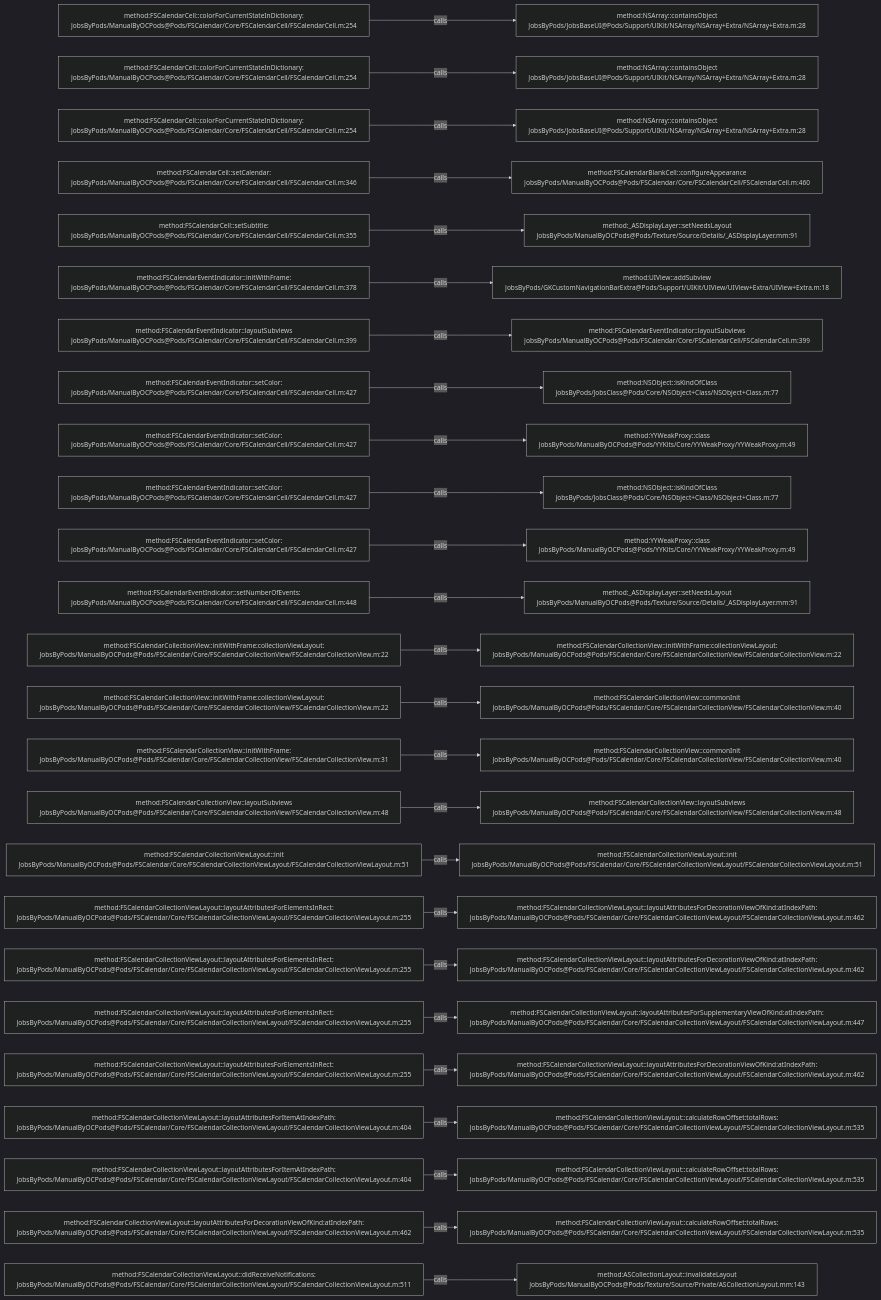
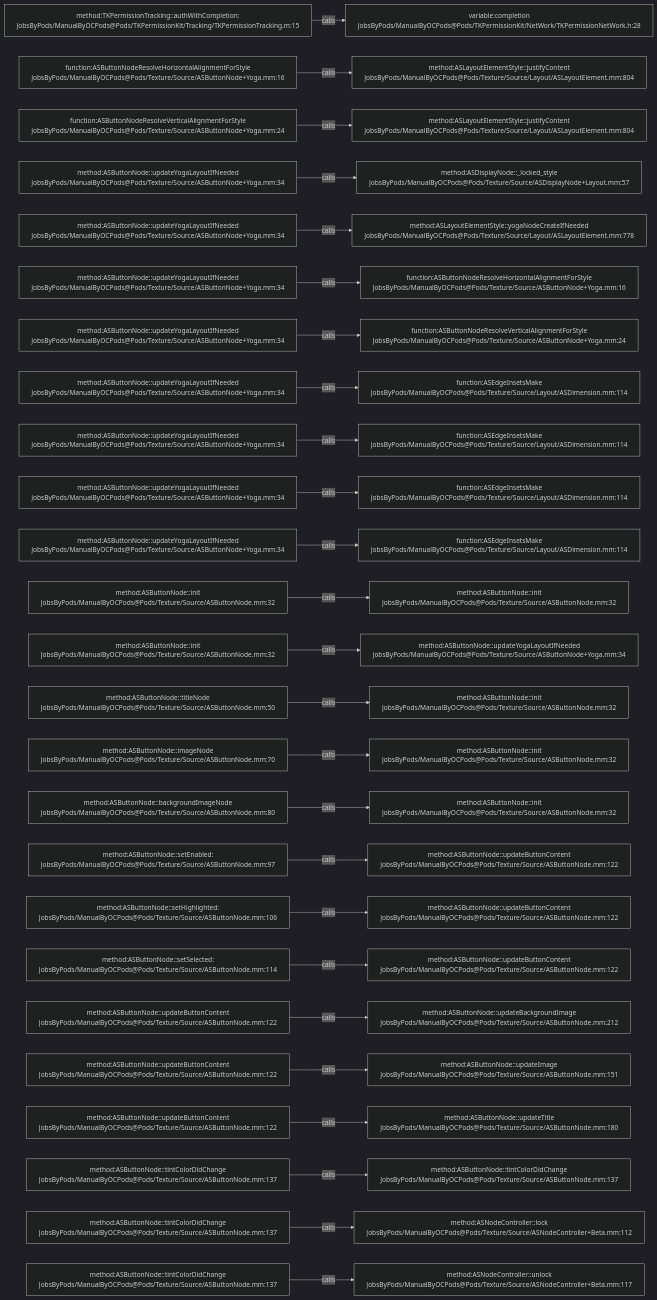
The diagram in .codegraph/codegraph.md/graphs/calls-180.md (JobsKits/JobsOCBaseConfigDemo), drawn with Mermaid (dark theme) before and after one commit. The commit also changed 573 other files, not shown here.

````diff
--- a/.codegraph/codegraph.md/graphs/calls-180.md
+++ b/.codegraph/codegraph.md/graphs/calls-180.md
@@ -13,78 +13,78 @@
 ```mermaid
 flowchart LR
-  S1["method:FSCalendarCell::colorForCurrentStateInDictionary:<br/>JobsByPods/ManualByOCPods@Pods/FSCalendar/Core/FSCalendarCell/FSCalendarCell.m:254"]
-  T1["method:NSArray::containsObject<br/>JobsByPods/JobsBaseUI@Pods/Support/UIKit/NSArray/NSArray+Extra/NSArray+Extra.m:28"]
+  S1["method:TKPermissionTracking::authWithCompletion:<br/>JobsByPods/ManualByOCPods@Pods/TKPermissionKit/Tracking/TKPermissionTracking.m:15"]
+  T1["variable:completion<br/>JobsByPods/ManualByOCPods@Pods/TKPermissionKit/NetWork/TKPermissionNetWork.h:28"]
   S1 -->|calls| T1
-  S2["method:FSCalendarCell::colorForCurrentStateInDictionary:<br/>JobsByPods/ManualByOCPods@Pods/FSCalendar/Core/FSCalendarCell/FSCalendarCell.m:254"]
-  T2["method:NSArray::containsObject<br/>JobsByPods/JobsBaseUI@Pods/Support/UIKit/NSArray/NSArray+Extra/NSArray+Extra.m:28"]
+  S2["function:ASButtonNodeResolveHorizontalAlignmentForStyle<br/>JobsByPods/ManualByOCPods@Pods/Texture/Source/ASButtonNode+Yoga.mm:16"]
+  T2["method:ASLayoutElementStyle::justifyContent<br/>JobsByPods/ManualByOCPods@Pods/Texture/Source/Layout/ASLayoutElement.mm:804"]
   S2 -->|calls| T2
-  S3["method:FSCalendarCell::colorForCurrentStateInDictionary:<br/>JobsByPods/ManualByOCPods@Pods/FSCalendar/Core/FSCalendarCell/FSCalendarCell.m:254"]
-  T3["method:NSArray::containsObject<br/>JobsByPods/JobsBaseUI@Pods/Support/UIKit/NSArray/NSArray+Extra/NSArray+Extra.m:28"]
+  S3["function:ASButtonNodeResolveVerticalAlignmentForStyle<br/>JobsByPods/ManualByOCPods@Pods/Texture/Source/ASButtonNode+Yoga.mm:24"]
+  T3["method:ASLayoutElementStyle::justifyContent<br/>JobsByPods/ManualByOCPods@Pods/Texture/Source/Layout/ASLayoutElement.mm:804"]
   S3 -->|calls| T3
-  S4["method:FSCalendarCell::setCalendar:<br/>JobsByPods/ManualByOCPods@Pods/FSCalendar/Core/FSCalendarCell/FSCalendarCell.m:346"]
-  T4["method:FSCalendarBlankCell::configureAppearance<br/>JobsByPods/ManualByOCPods@Pods/FSCalendar/Core/FSCalendarCell/FSCalendarCell.m:460"]
+  S4["method:ASButtonNode::updateYogaLayoutIfNeeded<br/>JobsByPods/ManualByOCPods@Pods/Texture/Source/ASButtonNode+Yoga.mm:34"]
+  T4["method:ASDisplayNode::_locked_style<br/>JobsByPods/ManualByOCPods@Pods/Texture/Source/ASDisplayNode+Layout.mm:57"]
   S4 -->|calls| T4
-  S5["method:FSCalendarCell::setSubtitle:<br/>JobsByPods/ManualByOCPods@Pods/FSCalendar/Core/FSCalendarCell/FSCalendarCell.m:355"]
-  T5["method:_ASDisplayLayer::setNeedsLayout<br/>JobsByPods/ManualByOCPods@Pods/Texture/Source/Details/_ASDisplayLayer.mm:91"]
+  S5["method:ASButtonNode::updateYogaLayoutIfNeeded<br/>JobsByPods/ManualByOCPods@Pods/Texture/Source/ASButtonNode+Yoga.mm:34"]
+  T5["method:ASLayoutElementStyle::yogaNodeCreateIfNeeded<br/>JobsByPods/ManualByOCPods@Pods/Texture/Source/Layout/ASLayoutElement.mm:778"]
   S5 -->|calls| T5
-  S6["method:FSCalendarEventIndicator::initWithFrame:<br/>JobsByPods/ManualByOCPods@Pods/FSCalendar/Core/FSCalendarCell/FSCalendarCell.m:378"]
-  T6["method:UIView::addSubview<br/>JobsByPods/GKCustomNavigationBarExtra@Pods/Support/UIKit/UIView/UIView+Extra/UIView+Extra.m:18"]
+  S6["method:ASButtonNode::updateYogaLayoutIfNeeded<br/>JobsByPods/ManualByOCPods@Pods/Texture/Source/ASButtonNode+Yoga.mm:34"]
+  T6["function:ASButtonNodeResolveHorizontalAlignmentForStyle<br/>JobsByPods/ManualByOCPods@Pods/Texture/Source/ASButtonNode+Yoga.mm:16"]
   S6 -->|calls| T6
-  S7["method:FSCalendarEventIndicator::layoutSubviews<br/>JobsByPods/ManualByOCPods@Pods/FSCalendar/Core/FSCalendarCell/FSCalendarCell.m:399"]
-  T7["method:FSCalendarEventIndicator::layoutSubviews<br/>JobsByPods/ManualByOCPods@Pods/FSCalendar/Core/FSCalendarCell/FSCalendarCell.m:399"]
+  S7["method:ASButtonNode::updateYogaLayoutIfNeeded<br/>JobsByPods/ManualByOCPods@Pods/Texture/Source/ASButtonNode+Yoga.mm:34"]
+  T7["function:ASButtonNodeResolveVerticalAlignmentForStyle<br/>JobsByPods/ManualByOCPods@Pods/Texture/Source/ASButtonNode+Yoga.mm:24"]
   S7 -->|calls| T7
-  S8["method:FSCalendarEventIndicator::setColor:<br/>JobsByPods/ManualByOCPods@Pods/FSCalendar/Core/FSCalendarCell/FSCalendarCell.m:427"]
-  T8["method:NSObject::isKindOfClass<br/>JobsByPods/JobsClass@Pods/Core/NSObject+Class/NSObject+Class.m:77"]
+  S8["method:ASButtonNode::updateYogaLayoutIfNeeded<br/>JobsByPods/ManualByOCPods@Pods/Texture/Source/ASButtonNode+Yoga.mm:34"]
+  T8["function:ASEdgeInsetsMake<br/>JobsByPods/ManualByOCPods@Pods/Texture/Source/Layout/ASDimension.mm:114"]
   S8 -->|calls| T8
-  S9["method:FSCalendarEventIndicator::setColor:<br/>JobsByPods/ManualByOCPods@Pods/FSCalendar/Core/FSCalendarCell/FSCalendarCell.m:427"]
-  T9["method:YYWeakProxy::class<br/>JobsByPods/ManualByOCPods@Pods/YYKits/Core/YYWeakProxy/YYWeakProxy.m:49"]
+  S9["method:ASButtonNode::updateYogaLayoutIfNeeded<br/>JobsByPods/ManualByOCPods@Pods/Texture/Source/ASButtonNode+Yoga.mm:34"]
+  T9["function:ASEdgeInsetsMake<br/>JobsByPods/ManualByOCPods@Pods/Texture/Source/Layout/ASDimension.mm:114"]
   S9 -->|calls| T9
-  S10["method:FSCalendarEventIndicator::setColor:<br/>JobsByPods/ManualByOCPods@Pods/FSCalendar/Core/FSCalendarCell/FSCalendarCell.m:427"]
-  T10["method:NSObject::isKindOfClass<br/>JobsByPods/JobsClass@Pods/Core/NSObject+Class/NSObject+Class.m:77"]
+  S10["method:ASButtonNode::updateYogaLayoutIfNeeded<br/>JobsByPods/ManualByOCPods@Pods/Texture/Source/ASButtonNode+Yoga.mm:34"]
+  T10["function:ASEdgeInsetsMake<br/>JobsByPods/ManualByOCPods@Pods/Texture/Source/Layout/ASDimension.mm:114"]
   S10 -->|calls| T10
-  S11["method:FSCalendarEventIndicator::setColor:<br/>JobsByPods/ManualByOCPods@Pods/FSCalendar/Core/FSCalendarCell/FSCalendarCell.m:427"]
-  T11["method:YYWeakProxy::class<br/>JobsByPods/ManualByOCPods@Pods/YYKits/Core/YYWeakProxy/YYWeakProxy.m:49"]
+  S11["method:ASButtonNode::updateYogaLayoutIfNeeded<br/>JobsByPods/ManualByOCPods@Pods/Texture/Source/ASButtonNode+Yoga.mm:34"]
+  T11["function:ASEdgeInsetsMake<br/>JobsByPods/ManualByOCPods@Pods/Texture/Source/Layout/ASDimension.mm:114"]
   S11 -->|calls| T11
-  S12["method:FSCalendarEventIndicator::setNumberOfEvents:<br/>JobsByPods/ManualByOCPods@Pods/FSCalendar/Core/FSCalendarCell/FSCalendarCell.m:448"]
-  T12["method:_ASDisplayLayer::setNeedsLayout<br/>JobsByPods/ManualByOCPods@Pods/Texture/Source/Details/_ASDisplayLayer.mm:91"]
+  S12["method:ASButtonNode::init<br/>JobsByPods/ManualByOCPods@Pods/Texture/Source/ASButtonNode.mm:32"]
+  T12["method:ASButtonNode::init<br/>JobsByPods/ManualByOCPods@Pods/Texture/Source/ASButtonNode.mm:32"]
   S12 -->|calls| T12
-  S13["method:FSCalendarCollectionView::initWithFrame:collectionViewLayout:<br/>JobsByPods/ManualByOCPods@Pods/FSCalendar/Core/FSCalendarCollectionView/FSCalendarCollectionView.m:22"]
-  T13["method:FSCalendarCollectionView::initWithFrame:collectionViewLayout:<br/>JobsByPods/ManualByOCPods@Pods/FSCalendar/Core/FSCalendarCollectionView/FSCalendarCollectionView.m:22"]
+  S13["method:ASButtonNode::init<br/>JobsByPods/ManualByOCPods@Pods/Texture/Source/ASButtonNode.mm:32"]
+  T13["method:ASButtonNode::updateYogaLayoutIfNeeded<br/>JobsByPods/ManualByOCPods@Pods/Texture/Source/ASButtonNode+Yoga.mm:34"]
   S13 -->|calls| T13
-  S14["method:FSCalendarCollectionView::initWithFrame:collectionViewLayout:<br/>JobsByPods/ManualByOCPods@Pods/FSCalendar/Core/FSCalendarCollectionView/FSCalendarCollectionView.m:22"]
-  T14["method:FSCalendarCollectionView::commonInit<br/>JobsByPods/ManualByOCPods@Pods/FSCalendar/Core/FSCalendarCollectionView/FSCalendarCollectionView.m:40"]
+  S14["method:ASButtonNode::titleNode<br/>JobsByPods/ManualByOCPods@Pods/Texture/Source/ASButtonNode.mm:50"]
+  T14["method:ASButtonNode::init<br/>JobsByPods/ManualByOCPods@Pods/Texture/Source/ASButtonNode.mm:32"]
   S14 -->|calls| T14
-  S15["method:FSCalendarCollectionView::initWithFrame:<br/>JobsByPods/ManualByOCPods@Pods/FSCalendar/Core/FSCalendarCollectionView/FSCalendarCollectionView.m:31"]
-  T15["method:FSCalendarCollectionView::commonInit<br/>JobsByPods/ManualByOCPods@Pods/FSCalendar/Core/FSCalendarCollectionView/FSCalendarCollectionView.m:40"]
+  S15["method:ASButtonNode::imageNode<br/>JobsByPods/ManualByOCPods@Pods/Texture/Source/ASButtonNode.mm:70"]
+  T15["method:ASButtonNode::init<br/>JobsByPods/ManualByOCPods@Pods/Texture/Source/ASButtonNode.mm:32"]
   S15 -->|calls| T15
-  S16["method:FSCalendarCollectionView::layoutSubviews<br/>JobsByPods/ManualByOCPods@Pods/FSCalendar/Core/FSCalendarCollectionView/FSCalendarCollectionView.m:48"]
-  T16["method:FSCalendarCollectionView::layoutSubviews<br/>JobsByPods/ManualByOCPods@Pods/FSCalendar/Core/FSCalendarCollectionView/FSCalendarCollectionView.m:48"]
+  S16["method:ASButtonNode::backgroundImageNode<br/>JobsByPods/ManualByOCPods@Pods/Texture/Source/ASButtonNode.mm:80"]
+  T16["method:ASButtonNode::init<br/>JobsByPods/ManualByOCPods@Pods/Texture/Source/ASButtonNode.mm:32"]
   S16 -->|calls| T16
-  S17["method:FSCalendarCollectionViewLayout::init<br/>JobsByPods/ManualByOCPods@Pods/FSCalendar/Core/FSCalendarCollectionViewLayout/FSCalendarCollectionViewLayout.m:51"]
-  T17["method:FSCalendarCollectionViewLayout::init<br/>JobsByPods/ManualByOCPods@Pods/FSCalendar/Core/FSCalendarCollectionViewLayout/FSCalendarCollectionViewLayout.m:51"]
+  S17["method:ASButtonNode::setEnabled:<br/>JobsByPods/ManualByOCPods@Pods/Texture/Source/ASButtonNode.mm:97"]
+  T17["method:ASButtonNode::updateButtonContent<br/>JobsByPods/ManualByOCPods@Pods/Texture/Source/ASButtonNode.mm:122"]
   S17 -->|calls| T17
-  S18["method:FSCalendarCollectionViewLayout::layoutAttributesForElementsInRect:<br/>JobsByPods/ManualByOCPods@Pods/FSCalendar/Core/FSCalendarCollectionViewLayout/FSCalendarCollectionViewLayout.m:255"]
-  T18["method:FSCalendarCollectionViewLayout::layoutAttributesForDecorationViewOfKind:atIndexPath:<br/>JobsByPods/ManualByOCPods@Pods/FSCalendar/Core/FSCalendarCollectionViewLayout/FSCalendarCollectionViewLayout.m:462"]
+  S18["method:ASButtonNode::setHighlighted:<br/>JobsByPods/ManualByOCPods@Pods/Texture/Source/ASButtonNode.mm:106"]
+  T18["method:ASButtonNode::updateButtonContent<br/>JobsByPods/ManualByOCPods@Pods/Texture/Source/ASButtonNode.mm:122"]
   S18 -->|calls| T18
-  S19["method:FSCalendarCollectionViewLayout::layoutAttributesForElementsInRect:<br/>JobsByPods/ManualByOCPods@Pods/FSCalendar/Core/FSCalendarCollectionViewLayout/FSCalendarCollectionViewLayout.m:255"]
-  T19["method:FSCalendarCollectionViewLayout::layoutAttributesForDecorationViewOfKind:atIndexPath:<br/>JobsByPods/ManualByOCPods@Pods/FSCalendar/Core/FSCalendarCollectionViewLayout/FSCalendarCollectionViewLayout.m:462"]
+  S19["method:ASButtonNode::setSelected:<br/>JobsByPods/ManualByOCPods@Pods/Texture/Source/ASButtonNode.mm:114"]
+  T19["method:ASButtonNode::updateButtonContent<br/>JobsByPods/ManualByOCPods@Pods/Texture/Source/ASButtonNode.mm:122"]
   S19 -->|calls| T19
-  S20["method:FSCalendarCollectionViewLayout::layoutAttributesForElementsInRect:<br/>JobsByPods/ManualByOCPods@Pods/FSCalendar/Core/FSCalendarCollectionViewLayout/FSCalendarCollectionViewLayout.m:255"]
-  T20["method:FSCalendarCollectionViewLayout::layoutAttributesForSupplementaryViewOfKind:atIndexPath:<br/>JobsByPods/ManualByOCPods@Pods/FSCalendar/Core/FSCalendarCollectionViewLayout/FSCalendarCollectionViewLayout.m:447"]
+  S20["method:ASButtonNode::updateButtonContent<br/>JobsByPods/ManualByOCPods@Pods/Texture/Source/ASButtonNode.mm:122"]
+  T20["method:ASButtonNode::updateBackgroundImage<br/>JobsByPods/ManualByOCPods@Pods/Texture/Source/ASButtonNode.mm:212"]
   S20 -->|calls| T20
-  S21["method:FSCalendarCollectionViewLayout::layoutAttributesForElementsInRect:<br/>JobsByPods/ManualByOCPods@Pods/FSCalendar/Core/FSCalendarCollectionViewLayout/FSCalendarCollectionViewLayout.m:255"]
-  T21["method:FSCalendarCollectionViewLayout::layoutAttributesForDecorationViewOfKind:atIndexPath:<br/>JobsByPods/ManualByOCPods@Pods/FSCalendar/Core/FSCalendarCollectionViewLayout/FSCalendarCollectionViewLayout.m:462"]
+  S21["method:ASButtonNode::updateButtonContent<br/>JobsByPods/ManualByOCPods@Pods/Texture/Source/ASButtonNode.mm:122"]
+  T21["method:ASButtonNode::updateImage<br/>JobsByPods/ManualByOCPods@Pods/Texture/Source/ASButtonNode.mm:151"]
   S21 -->|calls| T21
-  S22["method:FSCalendarCollectionViewLayout::layoutAttributesForItemAtIndexPath:<br/>JobsByPods/ManualByOCPods@Pods/FSCalendar/Core/FSCalendarCollectionViewLayout/FSCalendarCollectionViewLayout.m:404"]
-  T22["method:FSCalendarCollectionViewLayout::calculateRowOffset:totalRows:<br/>JobsByPods/ManualByOCPods@Pods/FSCalendar/Core/FSCalendarCollectionViewLayout/FSCalendarCollectionViewLayout.m:535"]
+  S22["method:ASButtonNode::updateButtonContent<br/>JobsByPods/ManualByOCPods@Pods/Texture/Source/ASButtonNode.mm:122"]
+  T22["method:ASButtonNode::updateTitle<br/>JobsByPods/ManualByOCPods@Pods/Texture/Source/ASButtonNode.mm:180"]
   S22 -->|calls| T22
-  S23["method:FSCalendarCollectionViewLayout::layoutAttributesForItemAtIndexPath:<br/>JobsByPods/ManualByOCPods@Pods/FSCalendar/Core/FSCalendarCollectionViewLayout/FSCalendarCollectionViewLayout.m:404"]
-  T23["method:FSCalendarCollectionViewLayout::calculateRowOffset:totalRows:<br/>JobsByPods/ManualByOCPods@Pods/FSCalendar/Core/FSCalendarCollectionViewLayout/FSCalendarCollectionViewLayout.m:535"]
+  S23["method:ASButtonNode::tintColorDidChange<br/>JobsByPods/ManualByOCPods@Pods/Texture/Source/ASButtonNode.mm:137"]
+  T23["method:ASButtonNode::tintColorDidChange<br/>JobsByPods/ManualByOCPods@Pods/Texture/Source/ASButtonNode.mm:137"]
   S23 -->|calls| T23
-  S24["method:FSCalendarCollectionViewLayout::layoutAttributesForDecorationViewOfKind:atIndexPath:<br/>JobsByPods/ManualByOCPods@Pods/FSCalendar/Core/FSCalendarCollectionViewLayout/FSCalendarCollectionViewLayout.m:462"]
-  T24["method:FSCalendarCollectionViewLayout::calculateRowOffset:totalRows:<br/>JobsByPods/ManualByOCPods@Pods/FSCalendar/Core/FSCalendarCollectionViewLayout/FSCalendarCollectionViewLayout.m:535"]
+  S24["method:ASButtonNode::tintColorDidChange<br/>JobsByPods/ManualByOCPods@Pods/Texture/Source/ASButtonNode.mm:137"]
+  T24["method:ASNodeController::lock<br/>JobsByPods/ManualByOCPods@Pods/Texture/Source/ASNodeController+Beta.mm:112"]
   S24 -->|calls| T24
-  S25["method:FSCalendarCollectionViewLayout::didReceiveNotifications:<br/>JobsByPods/ManualByOCPods@Pods/FSCalendar/Core/FSCalendarCollectionViewLayout/FSCalendarCollectionViewLayout.m:511"]
-  T25["method:ASCollectionLayout::invalidateLayout<br/>JobsByPods/ManualByOCPods@Pods/Texture/Source/Private/ASCollectionLayout.mm:143"]
+  S25["method:ASButtonNode::tintColorDidChange<br/>JobsByPods/ManualByOCPods@Pods/Texture/Source/ASButtonNode.mm:137"]
+  T25["method:ASNodeController::unlock<br/>JobsByPods/ManualByOCPods@Pods/Texture/Source/ASNodeController+Beta.mm:117"]
   S25 -->|calls| T25
 ```
````
